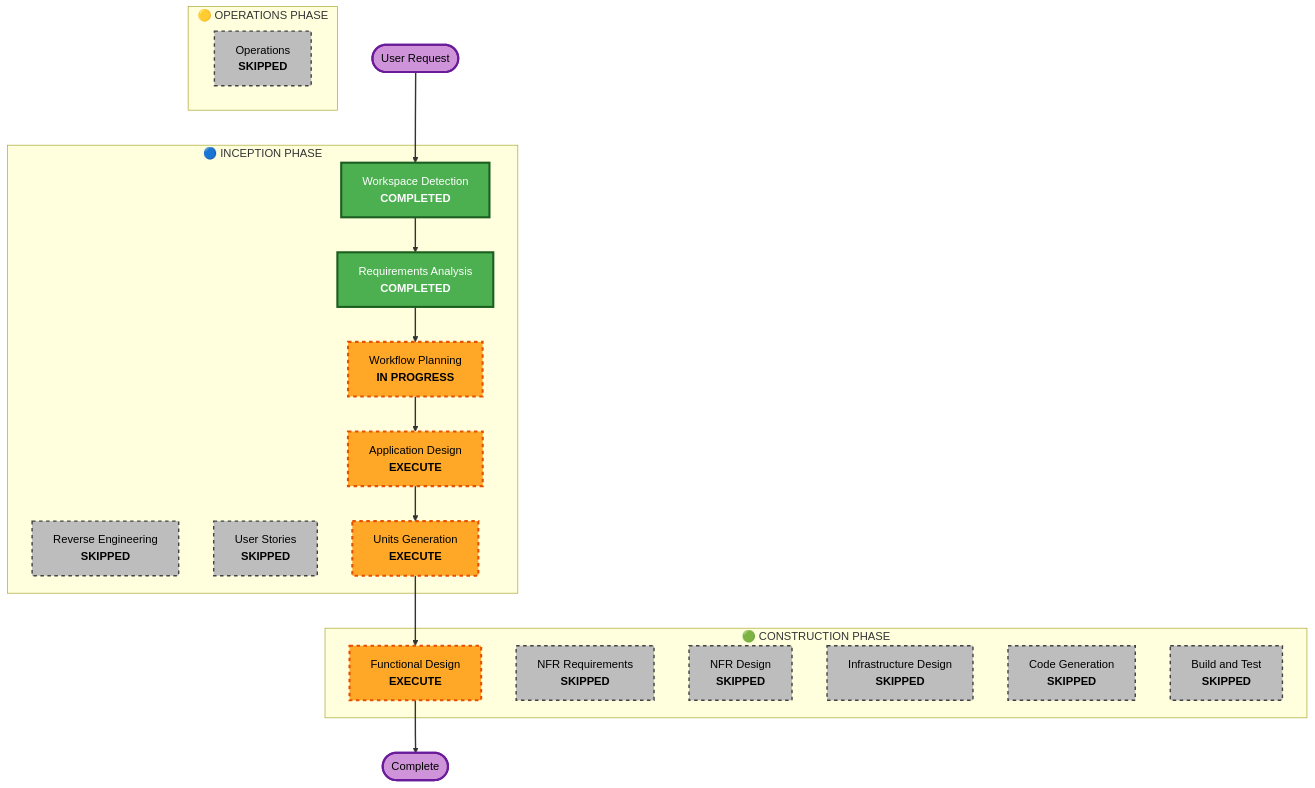
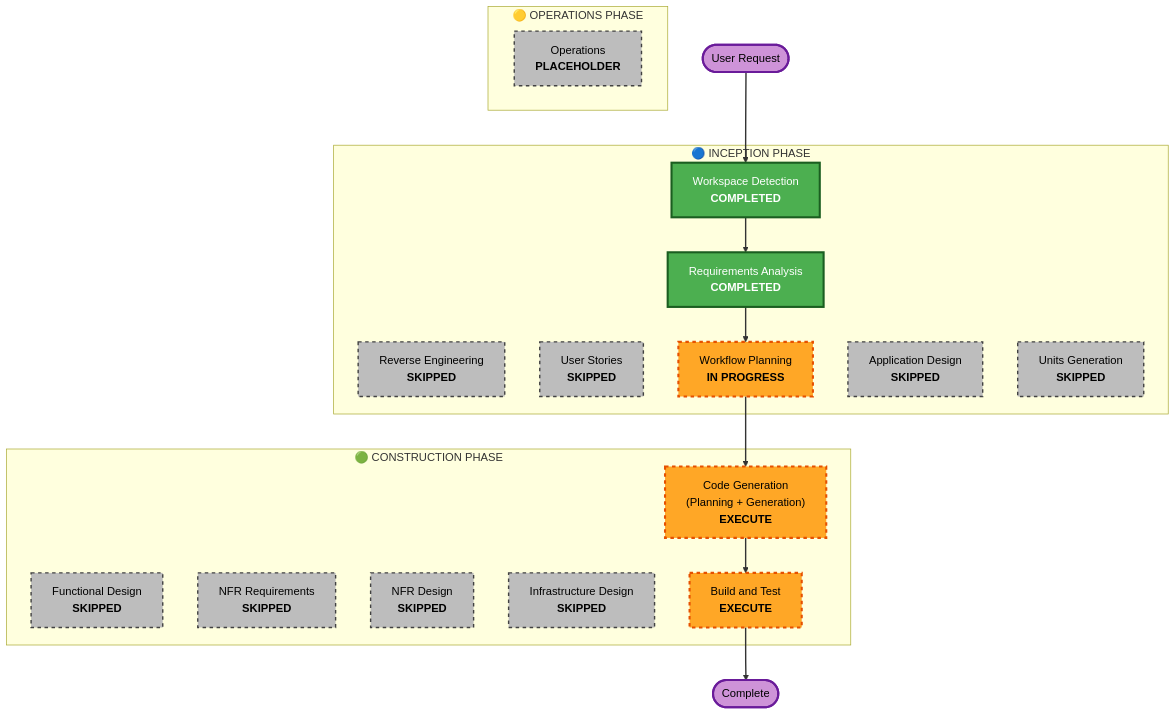
Before and after one commit to dlhwang/CliExecutionPlatform: the diagram in aidlc-docs/inception/plans/execution-plan.md, drawn with Mermaid. The commit also changed other lines of this file and 12 other files, not shown here.

````diff
--- a/aidlc-docs/inception/plans/execution-plan.md
+++ b/aidlc-docs/inception/plans/execution-plan.md
@@ -32,55 +34,54 @@
 ```mermaid
 flowchart TD
     Start(["User Request"])
     
     subgraph INCEPTION["🔵 INCEPTION PHASE"]
         WD["Workspace Detection<br/><b>COMPLETED</b>"]
         RE["Reverse Engineering<br/><b>SKIPPED</b>"]
         RA["Requirements Analysis<br/><b>COMPLETED</b>"]
         US["User Stories<br/><b>SKIPPED</b>"]
         WP["Workflow Planning<br/><b>IN PROGRESS</b>"]
-        AD["Application Design<br/><b>EXECUTE</b>"]
-        UG["Units Generation<br/><b>EXECUTE</b>"]
+        AD["Application Design<br/><b>SKIPPED</b>"]
+        UG["Units Generation<br/><b>SKIPPED</b>"]
     end
     
     subgraph CONSTRUCTION["🟢 CONSTRUCTION PHASE"]
-        FD["Functional Design<br/><b>EXECUTE</b>"]
+        FD["Functional Design<br/><b>SKIPPED</b>"]
         NFRA["NFR Requirements<br/><b>SKIPPED</b>"]
         NFRD["NFR Design<br/><b>SKIPPED</b>"]
         ID["Infrastructure Design<br/><b>SKIPPED</b>"]
-        CG["Code Generation<br/><b>SKIPPED</b>"]
-        BT["Build and Test<br/><b>SKIPPED</b>"]
+        CG["Code Generation<br/>(Planning + Generation)<br/><b>EXECUTE</b>"]
+        BT["Build and Test<br/><b>EXECUTE</b>"]
     end
     
     subgraph OPERATIONS["🟡 OPERATIONS PHASE"]
-        OPS["Operations<br/><b>SKIPPED</b>"]
+        OPS["Operations<br/><b>PLACEHOLDER</b>"]
     end
     
     Start --> WD
     WD --> RA
     RA --> WP
-    WP --> AD
-    AD --> UG
-    UG --> FD
-    FD --> End(["Complete"])
+    WP --> CG
+    CG --> BT
+    BT --> End(["Complete"])
     
     style WD fill:#4CAF50,stroke:#1B5E20,stroke-width:3px,color:#fff
     style RA fill:#4CAF50,stroke:#1B5E20,stroke-width:3px,color:#fff
     style WP fill:#FFA726,stroke:#E65100,stroke-width:3px,stroke-dasharray: 5 5,color:#000
-    style AD fill:#FFA726,stroke:#E65100,stroke-width:3px,stroke-dasharray: 5 5,color:#000
-    style UG fill:#FFA726,stroke:#E65100,stroke-width:3px,stroke-dasharray: 5 5,color:#000
-    style FD fill:#FFA726,stroke:#E65100,stroke-width:3px,stroke-dasharray: 5 5,color:#000
+    style CG fill:#FFA726,stroke:#E65100,stroke-width:3px,stroke-dasharray: 5 5,color:#000
+    style BT fill:#FFA726,stroke:#E65100,stroke-width:3px,stroke-dasharray: 5 5,color:#000
     
     style RE fill:#BDBDBD,stroke:#424242,stroke-width:2px,stroke-dasharray: 5 5,color:#000
     style US fill:#BDBDBD,stroke:#424242,stroke-width:2px,stroke-dasharray: 5 5,color:#000
+    style AD fill:#BDBDBD,stroke:#424242,stroke-width:2px,stroke-dasharray: 5 5,color:#000
+    style UG fill:#BDBDBD,stroke:#424242,stroke-width:2px,stroke-dasharray: 5 5,color:#000
+    style FD fill:#BDBDBD,stroke:#424242,stroke-width:2px,stroke-dasharray: 5 5,color:#000
     style NFRA fill:#BDBDBD,stroke:#424242,stroke-width:2px,stroke-dasharray: 5 5,color:#000
     style NFRD fill:#BDBDBD,stroke:#424242,stroke-width:2px,stroke-dasharray: 5 5,color:#000
     style ID fill:#BDBDBD,stroke:#424242,stroke-width:2px,stroke-dasharray: 5 5,color:#000
-    style CG fill:#BDBDBD,stroke:#424242,stroke-width:2px,stroke-dasharray: 5 5,color:#000
-    style BT fill:#BDBDBD,stroke:#424242,stroke-width:2px,stroke-dasharray: 5 5,color:#000
     style OPS fill:#BDBDBD,stroke:#424242,stroke-width:2px,stroke-dasharray: 5 5,color:#000
     style Start fill:#CE93D8,stroke:#6A1B9A,stroke-width:3px,color:#000
     style End fill:#CE93D8,stroke:#6A1B9A,stroke-width:3px,color:#000
     
     linkStyle default stroke:#333,stroke-width:2px
 ```
````
